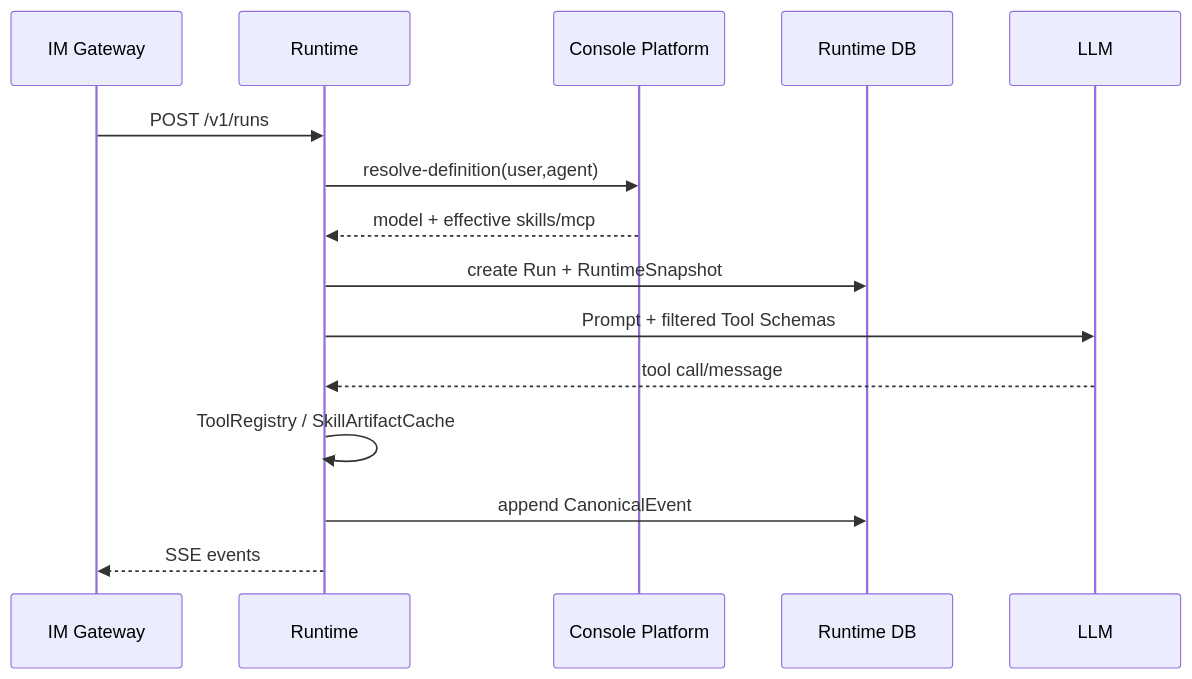
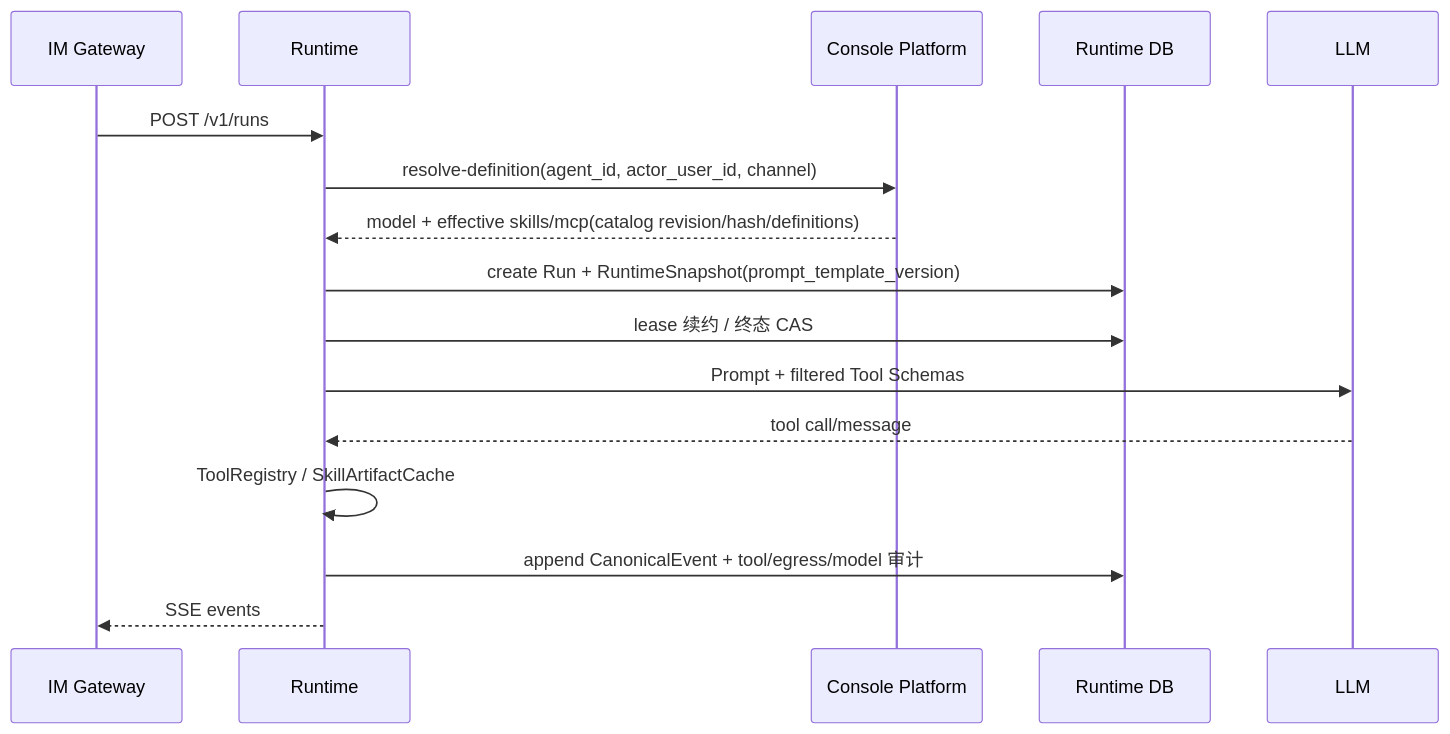
Before and after one commit to Michaelxwb/fluxion-harness: the first of 2 diagrams in .code-flow/tasks/2026-09-17/08-runtime-execution/08-runtime-execution.backend.design.md, drawn with Mermaid. The commit also changed other lines of this file and 33 other files, not shown here.

````diff
--- a/.code-flow/tasks/2026-09-17/08-runtime-execution/08-runtime-execution.backend.design.md
+++ b/.code-flow/tasks/2026-09-17/08-runtime-execution/08-runtime-execution.backend.design.md
@@ -118,17 +160,18 @@
 ```mermaid
 sequenceDiagram
  participant G as IM Gateway
  participant R as Runtime
  participant C as Console Platform
  participant DB as Runtime DB
  participant L as LLM
  G->>R: POST /v1/runs
- R->>C: resolve-definition(user,agent)
- C-->>R: model + effective skills/mcp
- R->>DB: create Run + RuntimeSnapshot
+ R->>C: resolve-definition(agent_id, actor_user_id, channel)
+ C-->>R: model + effective skills/mcp(catalog revision/hash/definitions)
+ R->>DB: create Run + RuntimeSnapshot(prompt_template_version)
+ R->>DB: lease 续约 / 终态 CAS
  R->>L: Prompt + filtered Tool Schemas
  L-->>R: tool call/message
  R->>R: ToolRegistry / SkillArtifactCache
- R->>DB: append CanonicalEvent
+ R->>DB: append CanonicalEvent + tool/egress/model 审计
  R-->>G: SSE events
 ```
````
